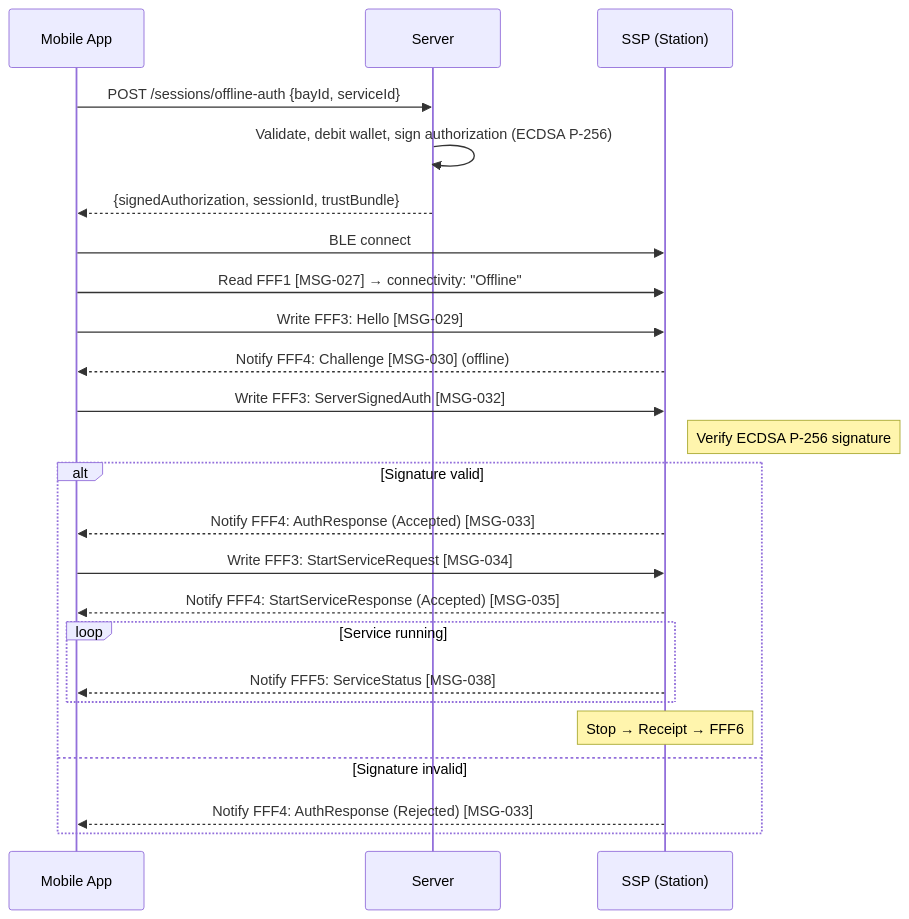
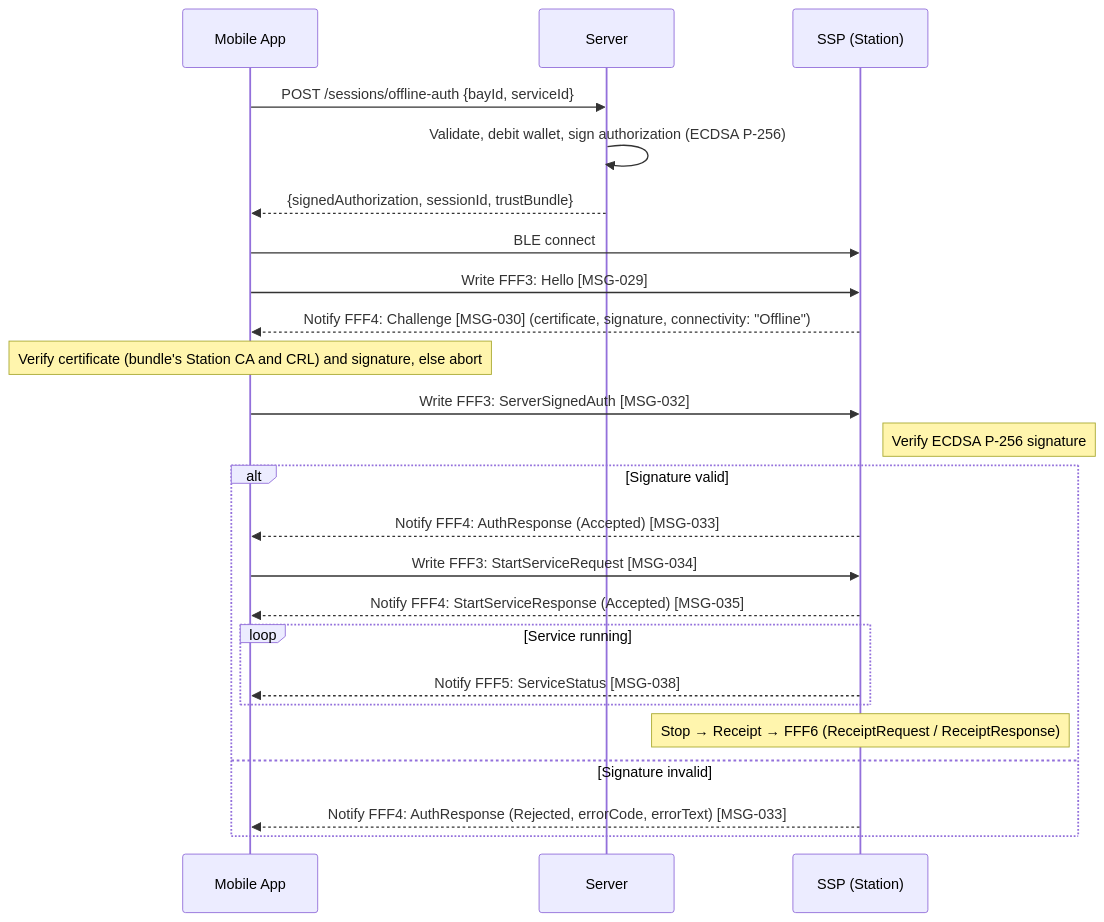
The sixth of 19 diagrams in spec/04-flows.md (ospp-org/spec), drawn with Mermaid before and after one commit. The commit also changed other lines of this file and 183 other files, not shown here.

````diff
--- a/spec/04-flows.md
+++ b/spec/04-flows.md
@@ -859,32 +851,32 @@
 ```mermaid
 sequenceDiagram
     participant App as Mobile App
     participant Server
     participant SSP as SSP (Station)
 
     App->>Server: POST /sessions/offline-auth {bayId, serviceId}
     Server->>Server: Validate, debit wallet, sign authorization (ECDSA P-256)
     Server-->>App: {signedAuthorization, sessionId, trustBundle}
 
     App->>SSP: BLE connect
-    App->>SSP: Read FFF1 [MSG-027] → connectivity: "Offline"
     App->>SSP: Write FFF3: Hello [MSG-029]
-    SSP-->>App: Notify FFF4: Challenge [MSG-030] (offline)
+    SSP-->>App: Notify FFF4: Challenge [MSG-030] (certificate, signature, connectivity: "Offline")
+    Note over App: Verify certificate (bundle's Station CA and CRL) and signature, else abort
 
     App->>SSP: Write FFF3: ServerSignedAuth [MSG-032]
     Note right of SSP: Verify ECDSA P-256 signature
 
     alt Signature valid
         SSP-->>App: Notify FFF4: AuthResponse (Accepted) [MSG-033]
         App->>SSP: Write FFF3: StartServiceRequest [MSG-034]
         SSP-->>App: Notify FFF4: StartServiceResponse (Accepted) [MSG-035]
 
         loop Service running
             SSP-->>App: Notify FFF5: ServiceStatus [MSG-038]
         end
 
-        Note over SSP: Stop → Receipt → FFF6
+        Note over SSP: Stop → Receipt → FFF6 (ReceiptRequest / ReceiptResponse)
     else Signature invalid
-        SSP-->>App: Notify FFF4: AuthResponse (Rejected) [MSG-033]
+        SSP-->>App: Notify FFF4: AuthResponse (Rejected, errorCode, errorText) [MSG-033]
     end
 ```
````
